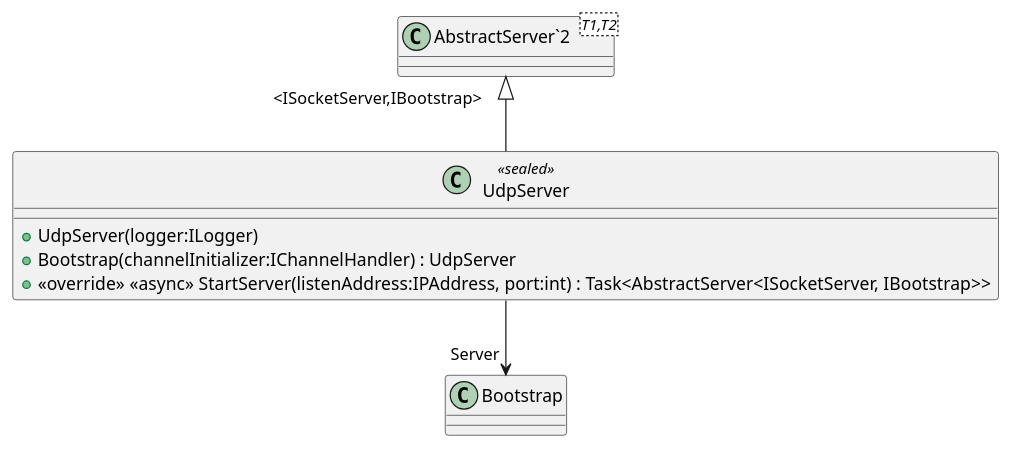
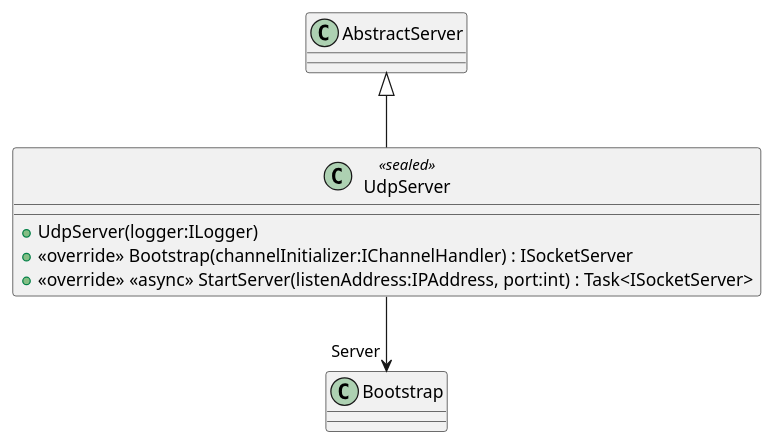
Before and after one commit to catalyst-network/Catalyst: the diagram in Documentation/UML/Catalyst.Node.Common/Helpers/IO/Inbound/UdpServer.puml, drawn with PlantUML. The commit also changed 20 other files, not shown here.

```diff
--- a/Documentation/UML/Catalyst.Node.Common/Helpers/IO/Inbound/UdpServer.puml
+++ b/Documentation/UML/Catalyst.Node.Common/Helpers/IO/Inbound/UdpServer.puml
@@ -1,11 +1,9 @@
 @startuml
 class UdpServer <<sealed>> {
     + UdpServer(logger:ILogger)
-    + Bootstrap(channelInitializer:IChannelHandler) : UdpServer
-    + <<override>> <<async>> StartServer(listenAddress:IPAddress, port:int) : Task<AbstractServer<ISocketServer, IBootstrap>>
+    + <<override>> Bootstrap(channelInitializer:IChannelHandler) : ISocketServer
+    + <<override>> <<async>> StartServer(listenAddress:IPAddress, port:int) : Task<ISocketServer>
 }
-class "AbstractServer`2"<T1,T2> {
-}
-"AbstractServer`2" "<ISocketServer,IBootstrap>" <|-- UdpServer
+AbstractServer <|-- UdpServer
 UdpServer --> "Server" Bootstrap
 @enduml
```
